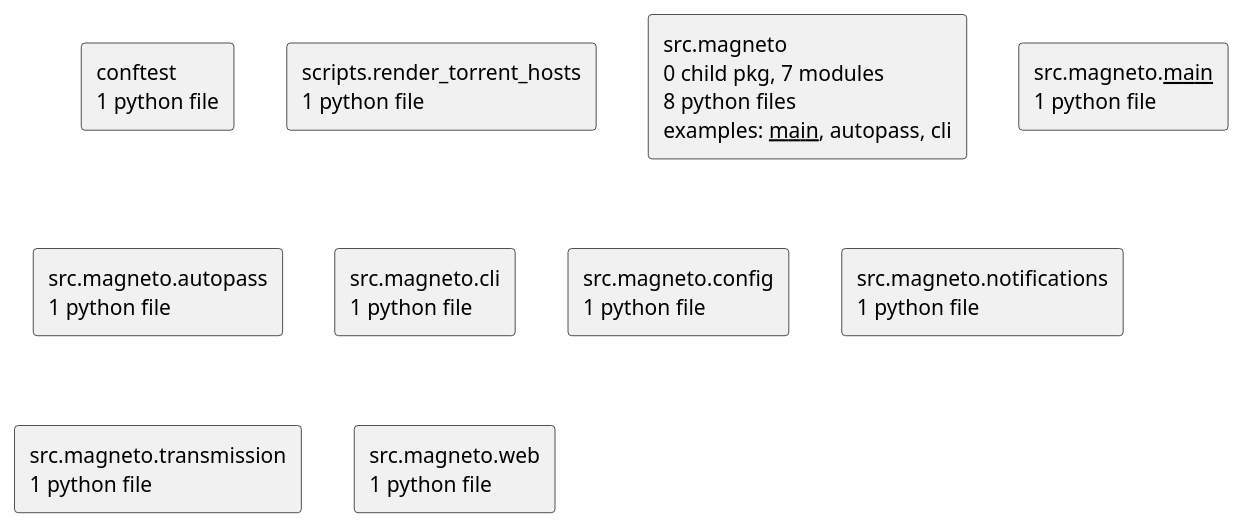
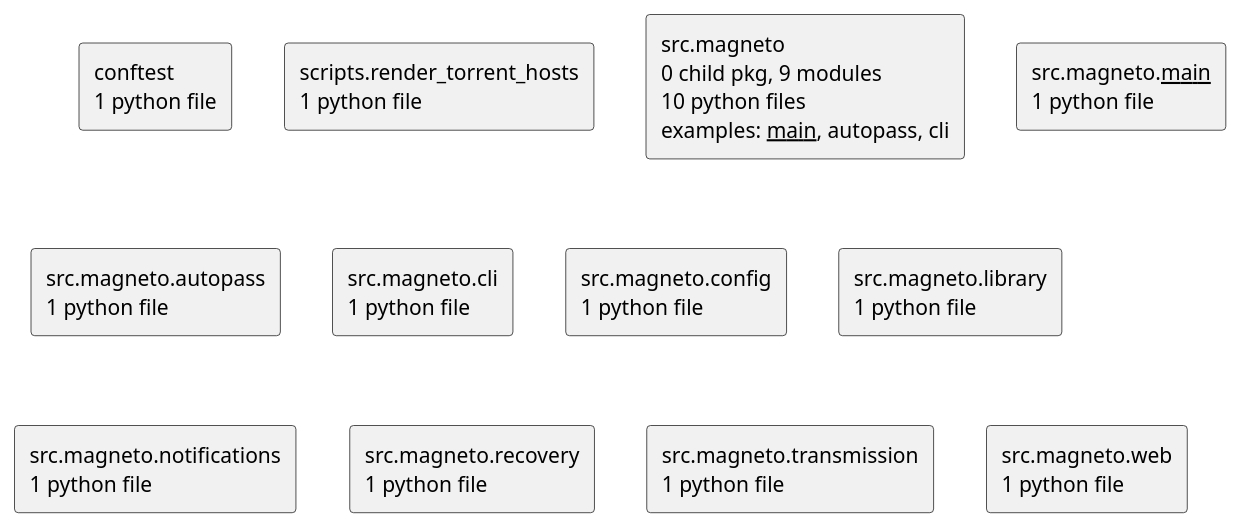
The diagram in docs/diagrams/python-packages.puml (casonk/magneto), drawn with PlantUML before and after one commit. The commit also changed 12 other files, not shown here.

Commit message:
docs: refresh generated architecture diagrams

```diff
--- a/docs/diagrams/python-packages.puml
+++ b/docs/diagrams/python-packages.puml
@@ -1,15 +1,17 @@
-@startuml packages_magneto
+@startuml packages_checkout
 set namespaceSeparator none
 top to bottom direction
 skinparam componentStyle rectangle
 rectangle "conftest\n1 python file" as conftest
 rectangle "scripts.render_torrent_hosts\n1 python file" as scripts.render_torrent_hosts
-rectangle "src.magneto\n0 child pkg, 7 modules\n8 python files\nexamples: __main__, autopass, cli" as src.magneto
+rectangle "src.magneto\n0 child pkg, 9 modules\n10 python files\nexamples: __main__, autopass, cli" as src.magneto
 rectangle "src.magneto.__main__\n1 python file" as src.magneto.__main__
 rectangle "src.magneto.autopass\n1 python file" as src.magneto.autopass
 rectangle "src.magneto.cli\n1 python file" as src.magneto.cli
 rectangle "src.magneto.config\n1 python file" as src.magneto.config
+rectangle "src.magneto.library\n1 python file" as src.magneto.library
 rectangle "src.magneto.notifications\n1 python file" as src.magneto.notifications
+rectangle "src.magneto.recovery\n1 python file" as src.magneto.recovery
 rectangle "src.magneto.transmission\n1 python file" as src.magneto.transmission
 rectangle "src.magneto.web\n1 python file" as src.magneto.web
 @enduml
```
